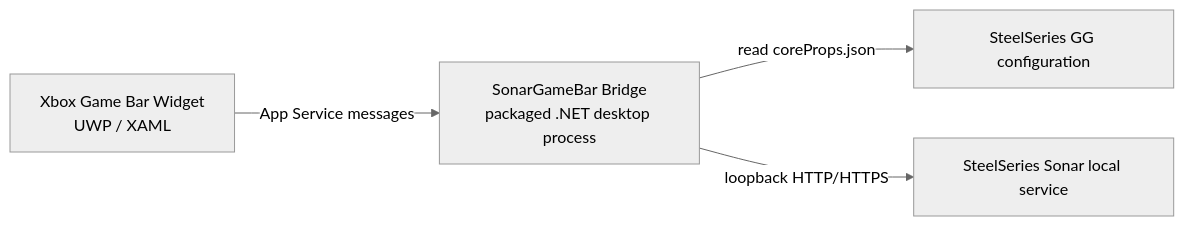
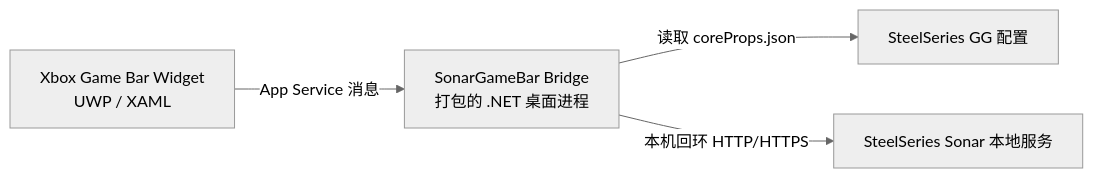
The diagram in docs/ARCHITECTURE.md (Alobal/SonarGameBar), drawn with Mermaid (neutral theme) before and after one commit. The commit also changed other lines of this file and 25 other files, not shown here.

````diff
--- a/docs/ARCHITECTURE.md
+++ b/docs/ARCHITECTURE.md
@@ -5,6 +5,6 @@
 ```mermaid
 flowchart LR
-    W["Xbox Game Bar Widget<br/>UWP / XAML"] -->|App Service messages| B["SonarGameBar Bridge<br/>packaged .NET desktop process"]
-    B -->|read coreProps.json| G["SteelSeries GG configuration"]
-    B -->|loopback HTTP/HTTPS| S["SteelSeries Sonar local service"]
+    W["Xbox Game Bar Widget<br/>UWP / XAML"] -->|"App Service 消息"| B["SonarGameBar Bridge<br/>打包的 .NET 桌面进程"]
+    B -->|"读取 coreProps.json"| G["SteelSeries GG 配置"]
+    B -->|"本机回环 HTTP/HTTPS"| S["SteelSeries Sonar 本地服务"]
 ```
````
